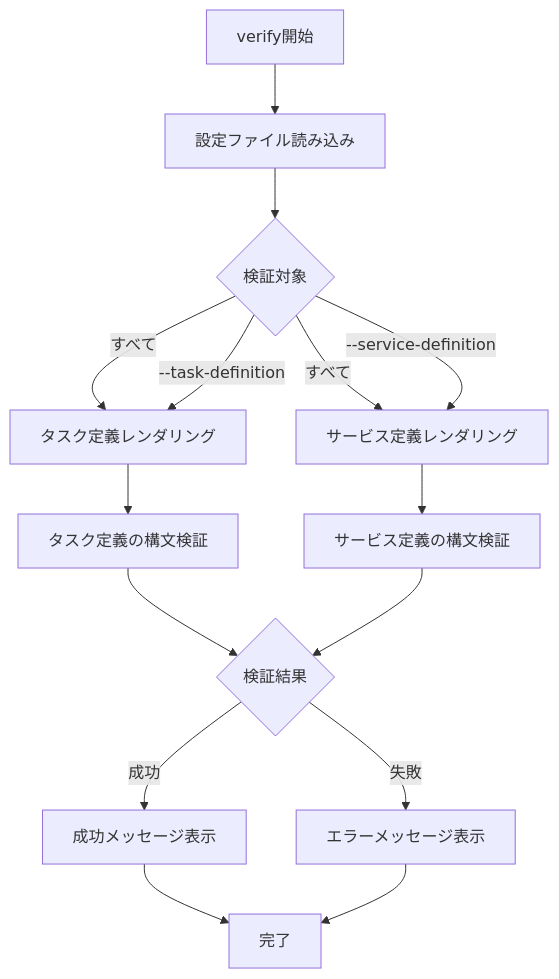
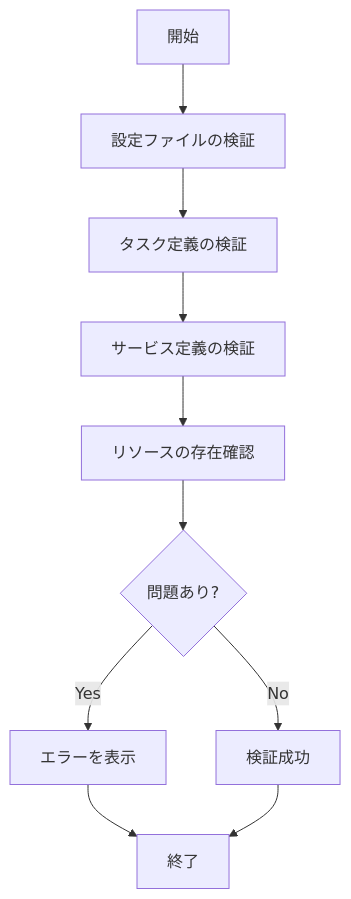
The diagram in ecspresso/commands/verify.md (bufferings/devin-docs), drawn with Mermaid before and after one commit. The commit also changed other lines of this file and 31 other files, not shown here.

````diff
--- a/ecspresso/commands/verify.md
+++ b/ecspresso/commands/verify.md
@@ -51,17 +56,12 @@
 ```mermaid
-graph TD
-    A[verify開始] --> B[設定ファイル読み込み]
-    B --> C{検証対象}
-    C -->|すべて| D[タスク定義レンダリング]
-    C -->|--task-definition| D
-    C -->|すべて| E[サービス定義レンダリング]
-    C -->|--service-definition| E
-    D --> F[タスク定義の構文検証]
-    E --> G[サービス定義の構文検証]
-    F --> H{検証結果}
-    G --> H
-    H -->|成功| I[成功メッセージ表示]
-    H -->|失敗| J[エラーメッセージ表示]
-    I --> K[完了]
-    J --> K
+flowchart TD
+    A[開始] --> B[設定ファイルの検証]
+    B --> C[タスク定義の検証]
+    C --> D[サービス定義の検証]
+    D --> E[リソースの存在確認]
+    E --> F{問題あり?}
+    F -->|Yes| G[エラーを表示]
+    F -->|No| H[検証成功]
+    G --> I[終了]
+    H --> I
 ```
````
